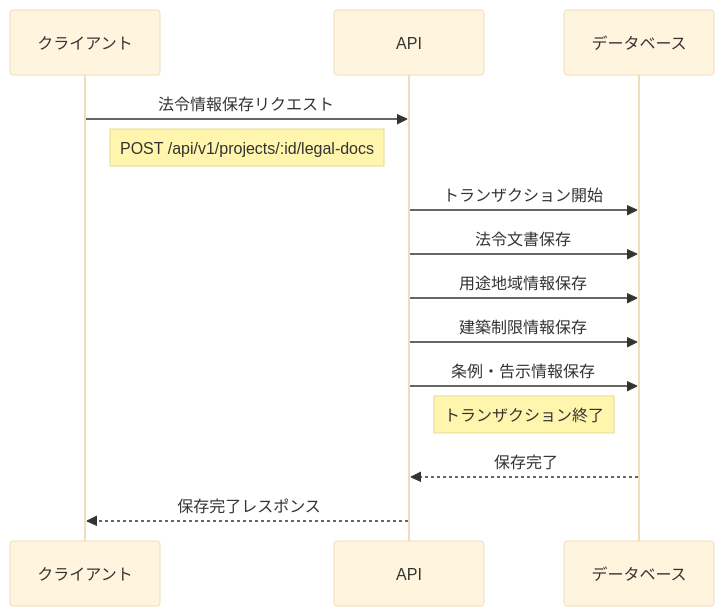
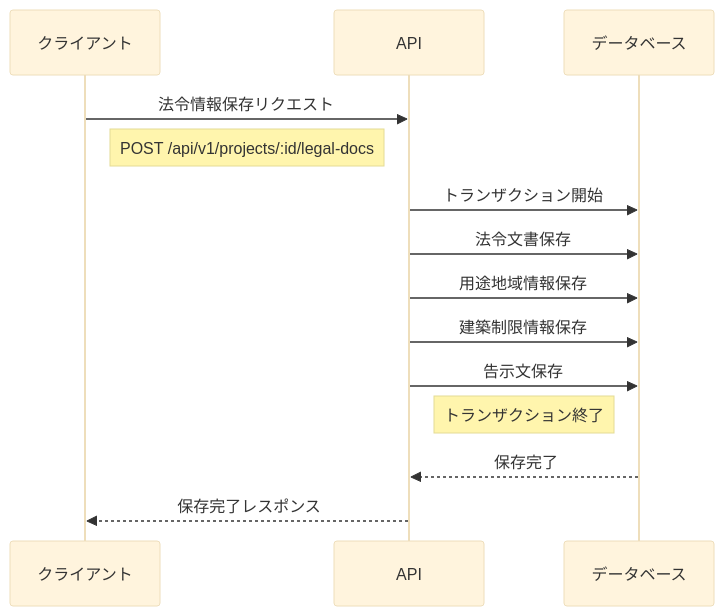
One commit to kamekamek/legal_api changed the tenth of 15 diagrams in docs/development-schema.md. Above: the diagram before and after it, drawn with Mermaid (base theme). The commit also changed other lines of this file and 9 other files, not shown here.

````diff
--- a/docs/development-schema.md
+++ b/docs/development-schema.md
@@ -328,19 +325,19 @@
 ```mermaid
 sequenceDiagram
     participant C as クライアント
     participant A as API
     participant DB as データベース
     
     C->>A: 法令情報保存リクエスト
     Note right of C: POST /api/v1/projects/:id/legal-docs
     
     A->>DB: トランザクション開始
     A->>DB: 法令文書保存
     A->>DB: 用途地域情報保存
     A->>DB: 建築制限情報保存
-    A->>DB: 条例・告示情報保存
+    A->>DB: 告示文保存
     Note right of A: トランザクション終了
     
     DB-->>A: 保存完了
     A-->>C: 保存完了レスポンス
 ```
````
